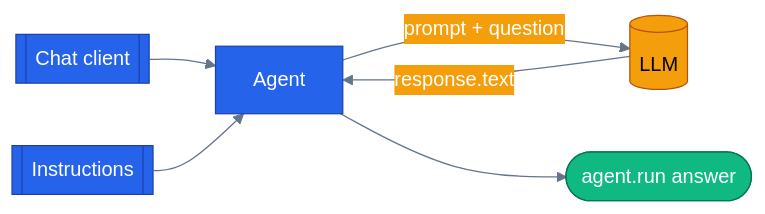
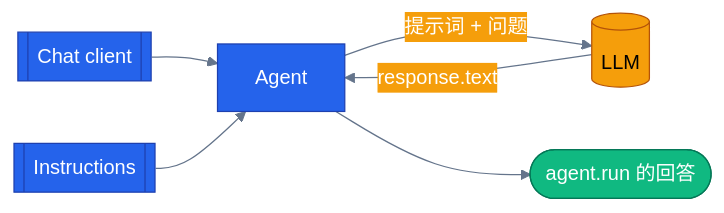
The diagram in tutorials/01-first-agent/README.md (s1encisi/reliable-commerce-agents), drawn with Mermaid before and after one commit. The commit also changed other lines of this file and 1033 other files, not shown here.

````diff
--- a/tutorials/01-first-agent/README.md
+++ b/tutorials/01-first-agent/README.md
@@ -31,28 +33,28 @@
 ```mermaid
 %%{init: {'theme':'base', 'themeVariables': {
   'primaryColor': '#2563eb','primaryTextColor': '#ffffff','primaryBorderColor': '#1e40af',
   'lineColor': '#64748b','secondaryColor': '#f59e0b','tertiaryColor': '#10b981',
   'background': 'transparent'}}}%%
 flowchart LR
   classDef core     fill:#2563eb,stroke:#1e40af,color:#ffffff
   classDef external fill:#f59e0b,stroke:#b45309,color:#000000
   classDef success  fill:#10b981,stroke:#047857,color:#ffffff
 
   client[[Chat client]]
   instr[[Instructions]]
   agent[Agent]
   llm[(LLM)]
-  answer([agent.run answer])
+  answer([agent.run 的回答])
 
   client --> agent
   instr --> agent
-  agent -- "prompt + question" --> llm
+  agent -- "提示词 + 问题" --> llm
   llm -- "response.text" --> agent
   agent --> answer
 
   class client core
   class instr core
   class agent core
   class llm external
   class answer success
 ```
````
